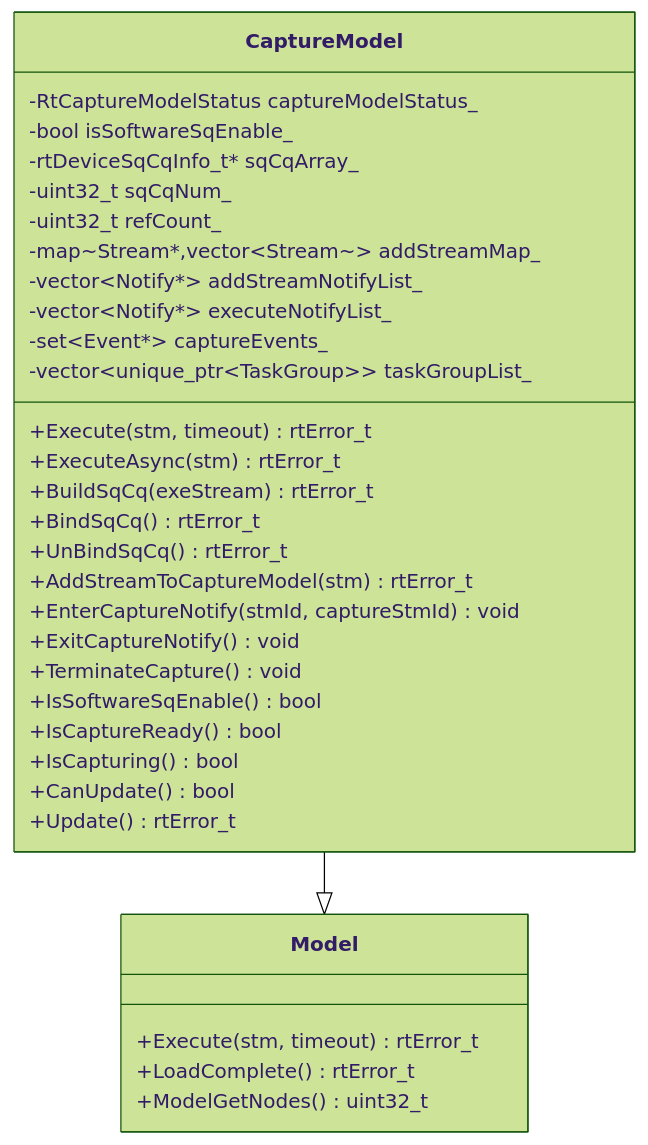
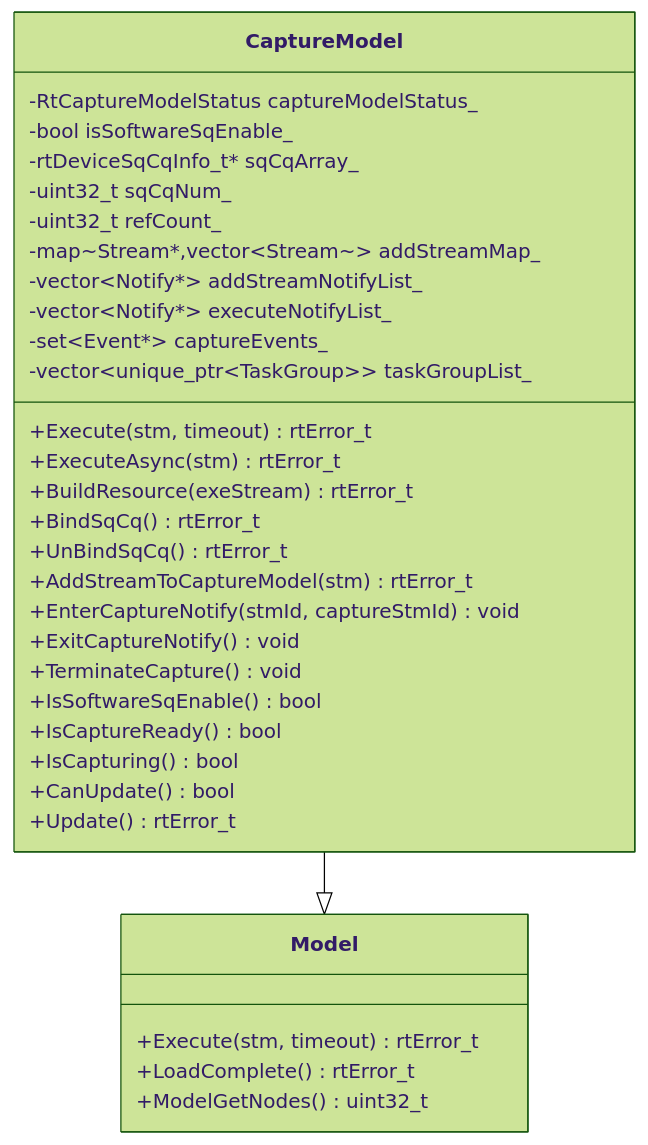
Before and after one commit to 18liumin/runtime: the seventh of 9 diagrams in docs/design/features/aclgraph.md, drawn with Mermaid (forest theme). The commit also changed other lines of this file and 66 other files, not shown here.

````diff
--- a/docs/design/features/aclgraph.md
+++ b/docs/design/features/aclgraph.md
@@ -506,37 +506,37 @@
 ```mermaid
 classDiagram
     class CaptureModel {
         -RtCaptureModelStatus captureModelStatus_
         -bool isSoftwareSqEnable_
         -rtDeviceSqCqInfo_t* sqCqArray_
         -uint32_t sqCqNum_
         -uint32_t refCount_
         -map~Stream*,vector~Stream~~ addStreamMap_
         -vector~Notify*~ addStreamNotifyList_
         -vector~Notify*~ executeNotifyList_
         -set~Event*~ captureEvents_
         -vector~unique_ptr~TaskGroup~~ taskGroupList_
         +Execute(stm, timeout) rtError_t
         +ExecuteAsync(stm) rtError_t
-        +BuildSqCq(exeStream) rtError_t
+        +BuildResource(exeStream) rtError_t
         +BindSqCq() rtError_t
         +UnBindSqCq() rtError_t
         +AddStreamToCaptureModel(stm) rtError_t
         +EnterCaptureNotify(stmId, captureStmId) void
         +ExitCaptureNotify() void
         +TerminateCapture() void
         +IsSoftwareSqEnable() bool
         +IsCaptureReady() bool
         +IsCapturing() bool
         +CanUpdate() bool
         +Update() rtError_t
     }
     
     class Model {
         +Execute(stm, timeout) rtError_t
         +LoadComplete() rtError_t
         +ModelGetNodes() uint32_t
     }
     
     CaptureModel --|> Model
 ```
````
